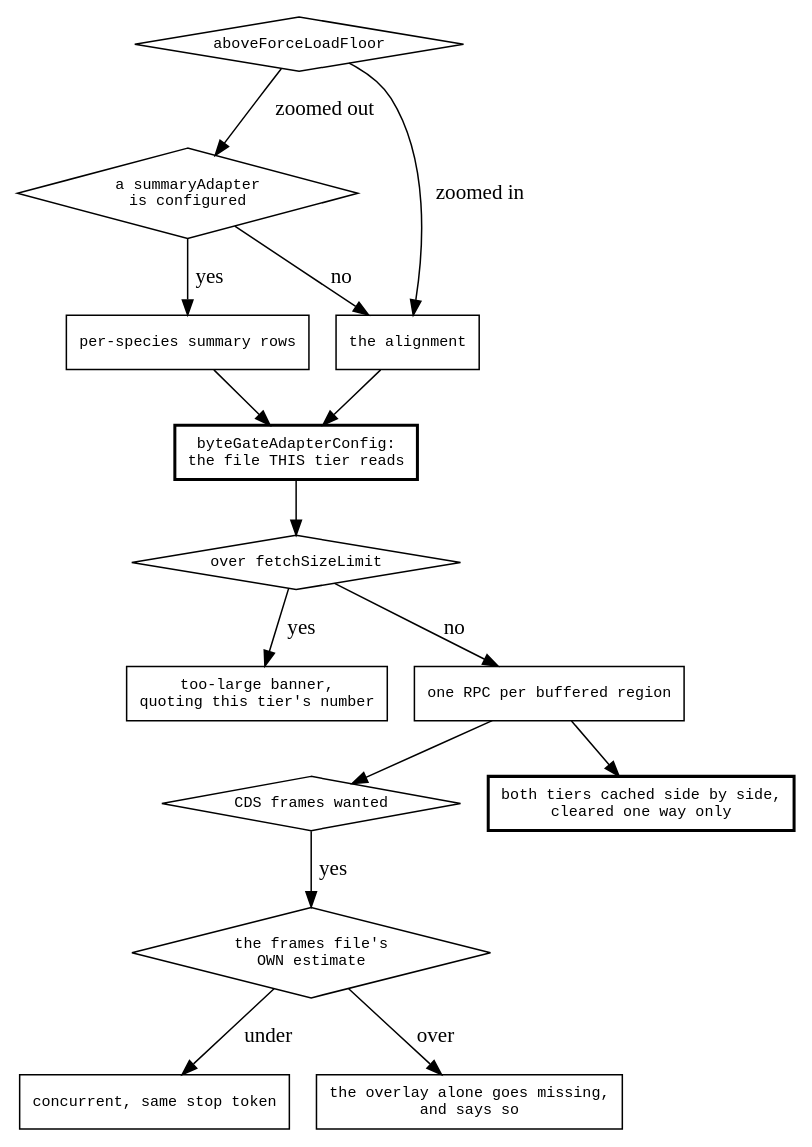
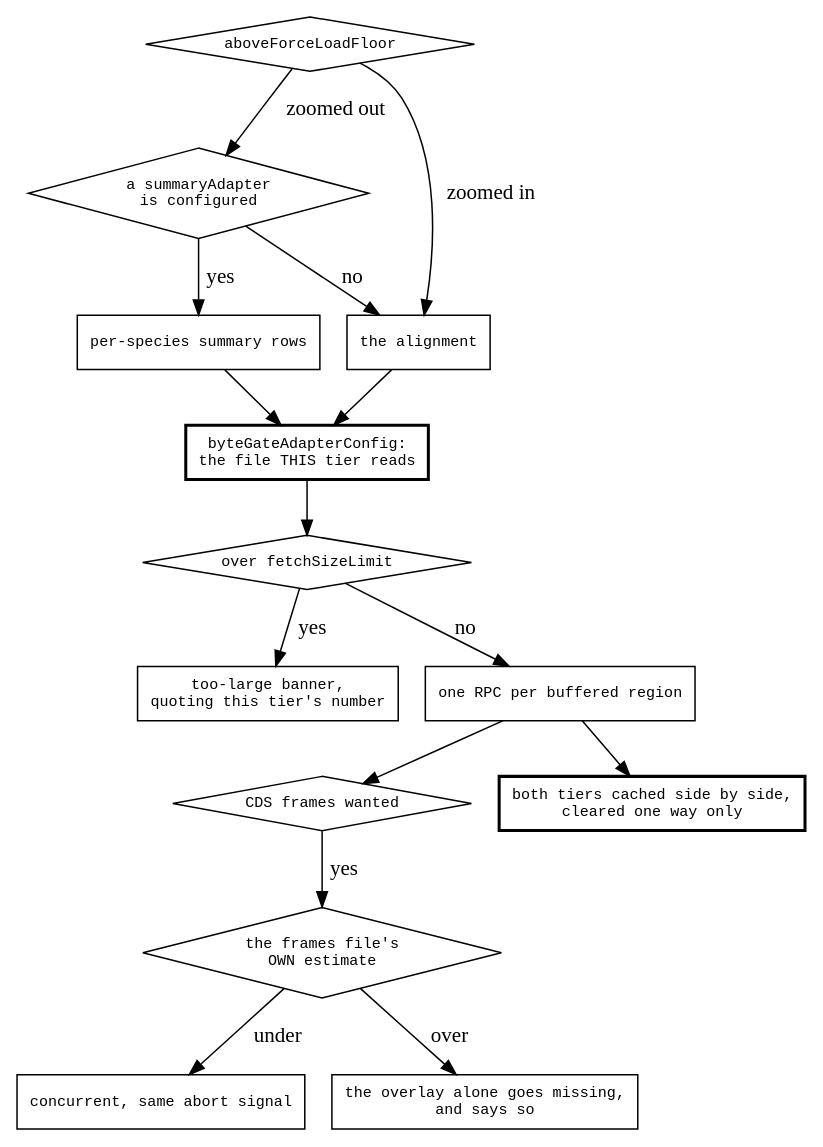
One commit to GMOD/jbrowse-components changed the diagram in agent-docs/mechanisms/diagrams/maf-tier.dot. Above: the diagram before and after it, drawn with Graphviz. The commit also changed 49 other files, not shown here.

First line of the commit message:
abort signal: prose the stop-token rename left behind

```diff
--- a/agent-docs/mechanisms/diagrams/maf-tier.dot
+++ b/agent-docs/mechanisms/diagrams/maf-tier.dot
@@ -1,35 +1,35 @@
 digraph maf_tier {
   rankdir=TB
   node [shape=box fontname=monospace fontsize=10]
   { node [shape=diamond] zoom; hasSummary; overBudget; framesOn; framesBudget }
 
   zoom [label="aboveForceLoadFloor"]
   hasSummary [label="a summaryAdapter\nis configured"]
   zoom -> hasSummary [label=" zoomed out"]
   zoom -> detail     [label=" zoomed in"]
   hasSummary -> summary [label=" yes"]
   hasSummary -> detail  [label=" no"]
   summary [label="per-species summary rows"]
   detail  [label="the alignment"]
 
   gate [label="byteGateAdapterConfig:\nthe file THIS tier reads", style=bold]
   summary -> gate  detail -> gate
   overBudget [label="over fetchSizeLimit"]
   gate -> overBudget
   overBudget -> banner [label=" yes"]
   overBudget -> fetch  [label=" no"]
   banner [label="too-large banner,\nquoting this tier's number"]
   fetch [label="one RPC per buffered region"]
 
   framesOn [label="CDS frames wanted"]
   fetch -> framesOn
   framesBudget [label="the frames file's\nOWN estimate"]
   framesOn -> framesBudget [label=" yes"]
   framesBudget -> framesFetch [label=" under"]
   framesBudget -> framesOff   [label=" over"]
-  framesFetch [label="concurrent, same stop token"]
+  framesFetch [label="concurrent, same abort signal"]
   framesOff [label="the overlay alone goes missing,\nand says so"]
 
   swap [label="both tiers cached side by side,\ncleared one way only", style=bold]
   fetch -> swap
 }
```
